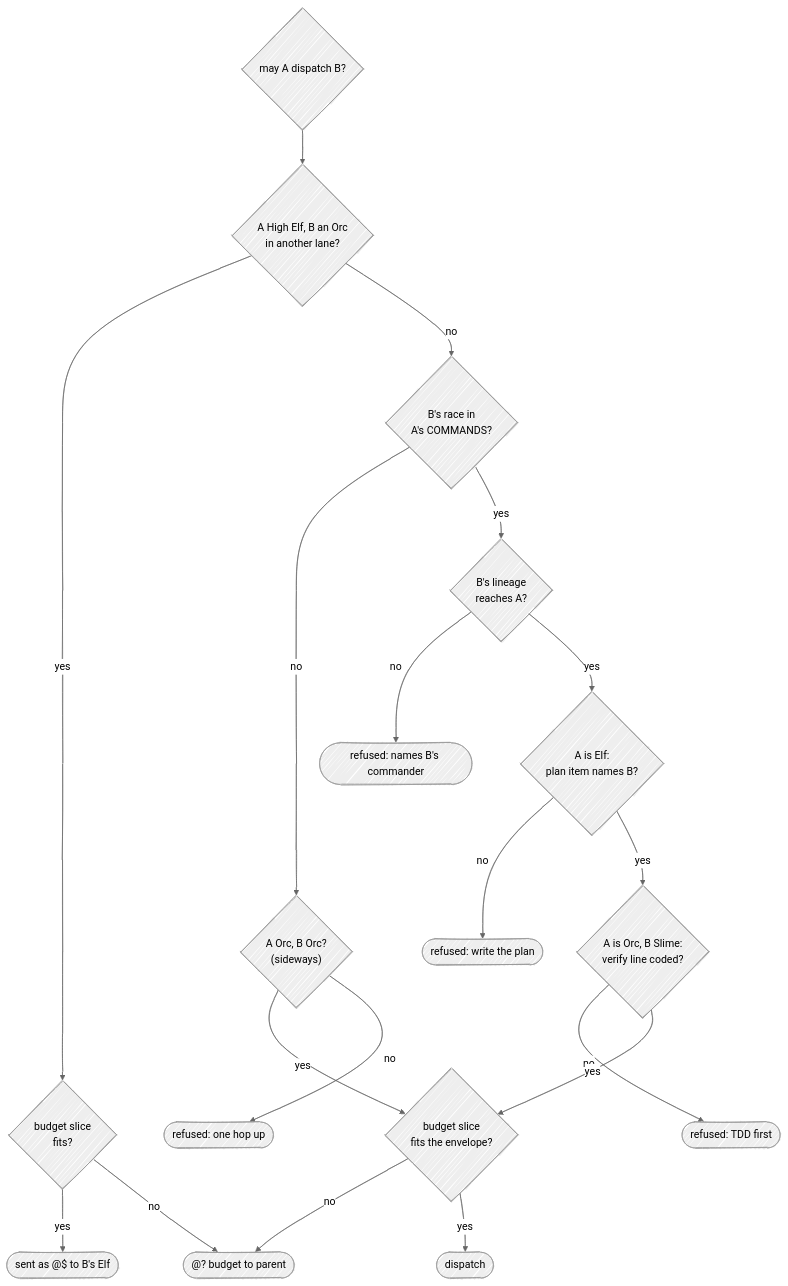
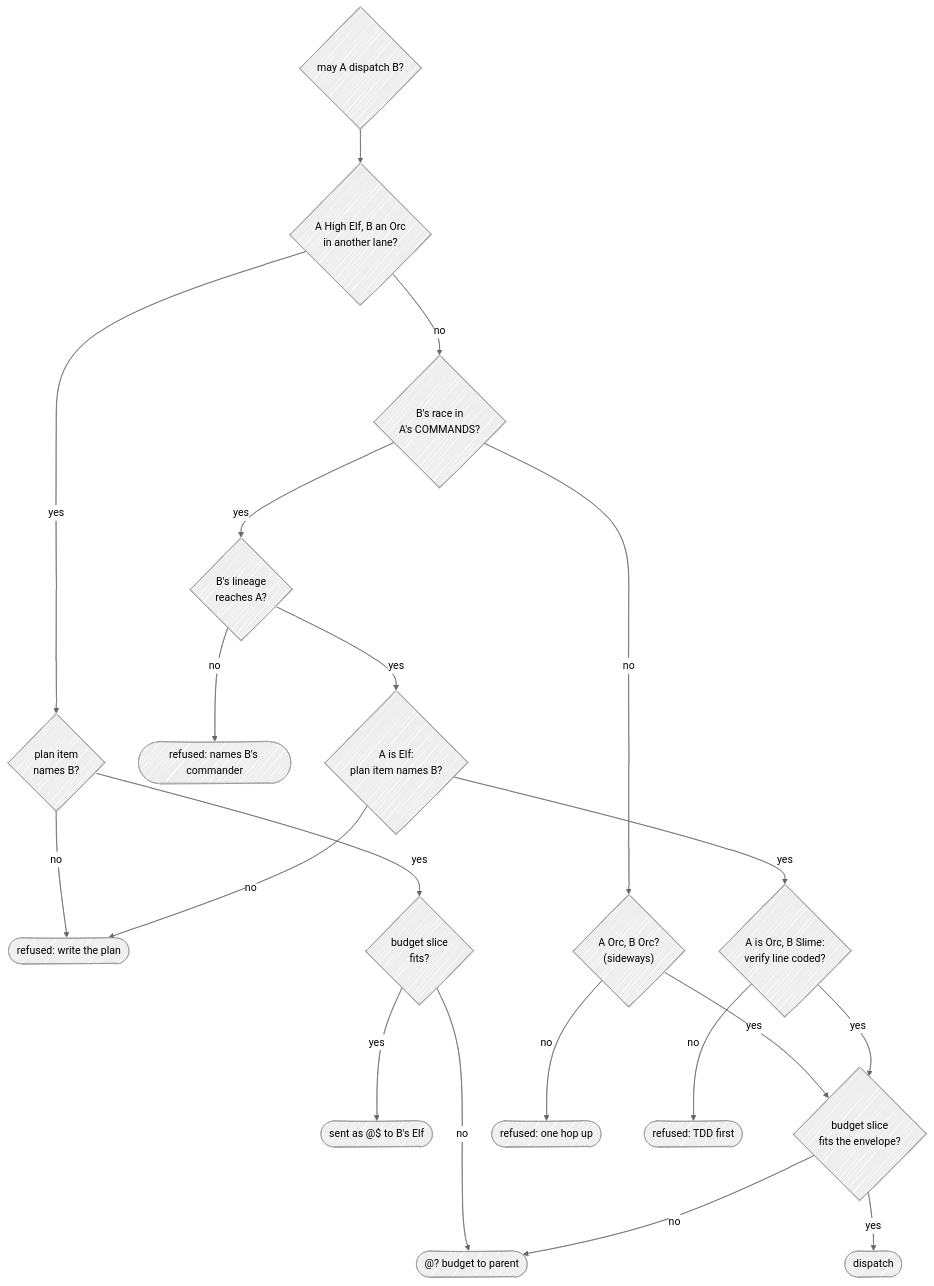
The second of 3 diagrams in docs/04-communication.md (Kaginari/mnemorph), drawn with Mermaid before and after one commit. The commit also changed other lines of this file and 18 other files, not shown here.

````diff
--- a/docs/04-communication.md
+++ b/docs/04-communication.md
@@ -110,25 +126,27 @@
 ```mermaid
 ---
 config:
   look: handDrawn
   theme: neutral
 ---
 flowchart TD
     Q{"may A dispatch B?"} --> C0{"A High Elf, B an Orc<br/>in another lane?"}
-    C0 -- yes --> C0b{"budget slice<br/>fits?"}
+    C0 -- yes --> C0a{"plan item<br/>names B?"}
+    C0a -- no --> NO3
+    C0a -- yes --> C0b{"budget slice<br/>fits?"}
     C0b -- yes --> VIA(["sent as @$ to B's Elf"])
     C0b -- no --> NO5
     C0 -- no --> C1{"B's race in<br/>A's COMMANDS?"}
     C1 -- no --> C1b{"A Orc, B Orc?<br/>(sideways)"}
     C1b -- yes --> C5
     C1b -- no --> NO1(["refused: one hop up"])
     C1 -- yes --> C2{"B's lineage<br/>reaches A?"}
     C2 -- no --> NO2(["refused: names B's commander"])
     C2 -- yes --> C3{"A is Elf:<br/>plan item names B?"}
     C3 -- no --> NO3(["refused: write the plan"])
     C3 -- yes --> C4{"A is Orc, B Slime:<br/>verify line coded?"}
     C4 -- no --> NO4(["refused: TDD first"])
     C4 -- yes --> C5{"budget slice<br/>fits the envelope?"}
     C5 -- no --> NO5(["@? budget to parent"])
     C5 -- yes --> OK(["dispatch"])
 ```
````
